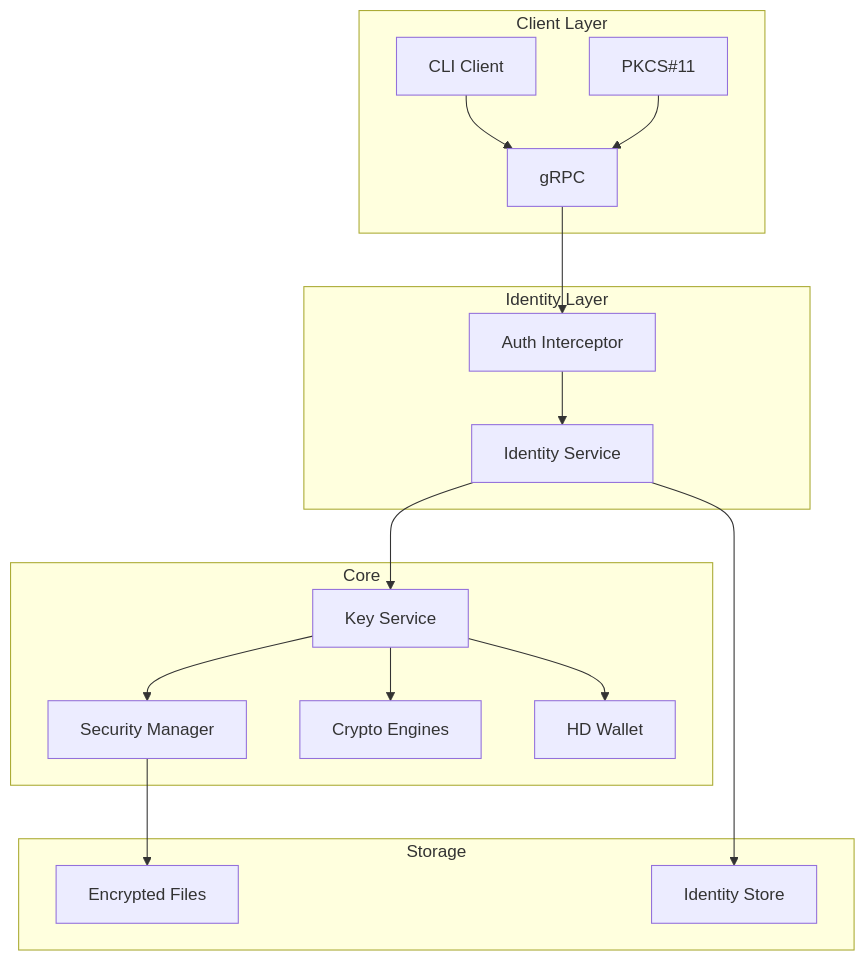
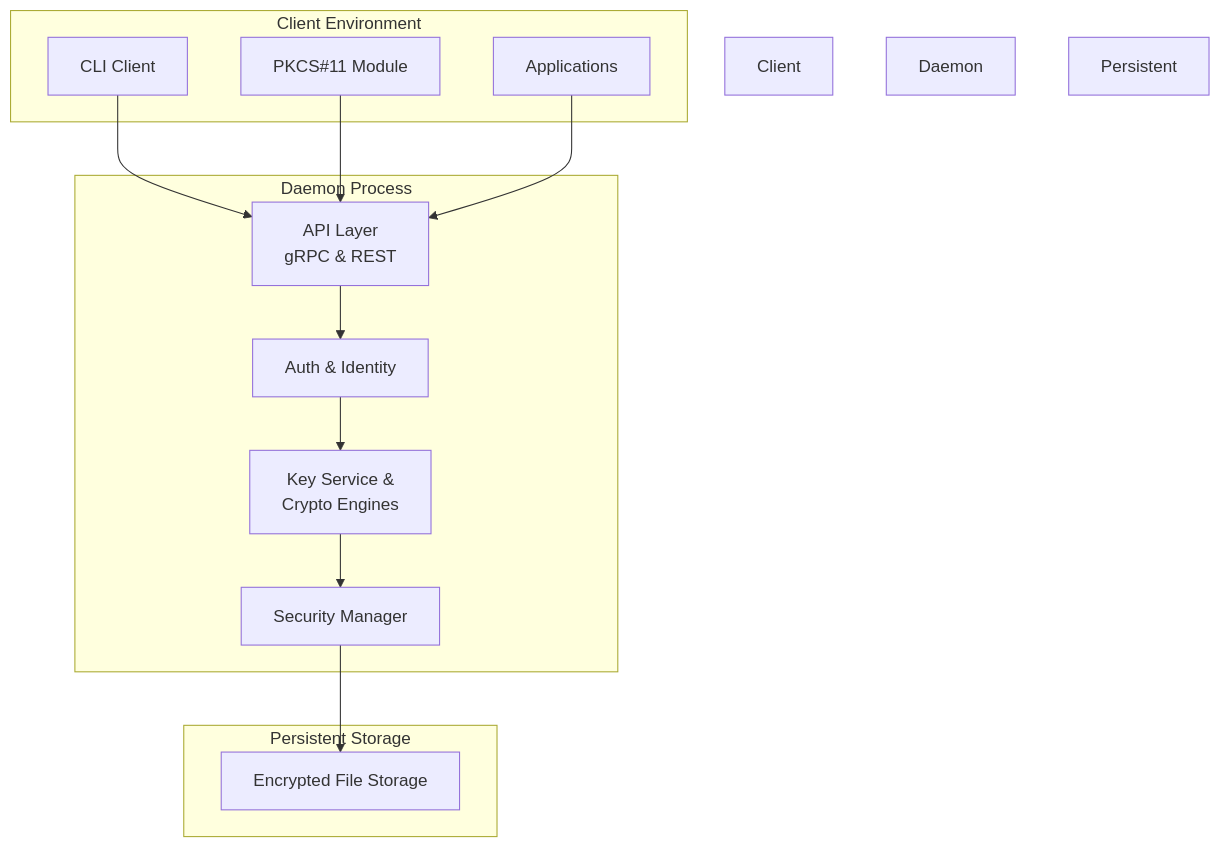
The diagram in README.md (ehanoc/softKMS), drawn with Mermaid before and after one commit. The commit also changed other lines of this file and 2 other files, not shown here.

Commit message:
chore: delete unused imports of old mods docs: improve diagrams

````diff
--- a/README.md
+++ b/README.md
@@ -113,36 +113,31 @@
 ```mermaid
 flowchart TB
-    subgraph "Client Layer"
+    subgraph "Client Environment"
         CLI[CLI Client]
-        PKCS[PKCS#11]
-        GRPC[gRPC]
+        PKCS[PKCS#11 Module]
+        APP[Applications]
     end
-
-    subgraph "Identity Layer"
-        AUTH[Auth Interceptor]
-        ID[Identity Service]
+    
+    subgraph "Daemon Process"
+        API[API Layer<br/>gRPC & REST]
+        AUTH[Auth & Identity]
+        KEYS[Key Service &<br/>Crypto Engines]
+        SEC[Security Manager]
     end
-
-    subgraph "Core"
-        KEY[Key Service]
-        SEC[Security Manager]
-        CRYPTO[Crypto Engines]
-        HD[HD Wallet]
+    
+    subgraph "Persistent Storage"
+        STORE[Encrypted File Storage]
     end
-
-    subgraph "Storage"
-        FILE[Encrypted Files]
-        IDSTORE[Identity Store]
-    end
-
-    CLI --> GRPC
-    PKCS --> GRPC
-    GRPC --> AUTH
-    AUTH --> ID
-    ID --> KEY
-    KEY --> CRYPTO
-    KEY --> HD
-    KEY --> SEC
-    SEC --> FILE
-    ID --> IDSTORE
+    
+    CLI --> API
+    PKCS --> API
+    APP --> API
+    API --> AUTH
+    AUTH --> KEYS
+    KEYS --> SEC
+    SEC --> STORE
+    
+    style Client Environment fill:#ffcccc
+    style Daemon Process fill:#ccffcc
+    style Persistent Storage fill:#ffffcc
 ```
````
